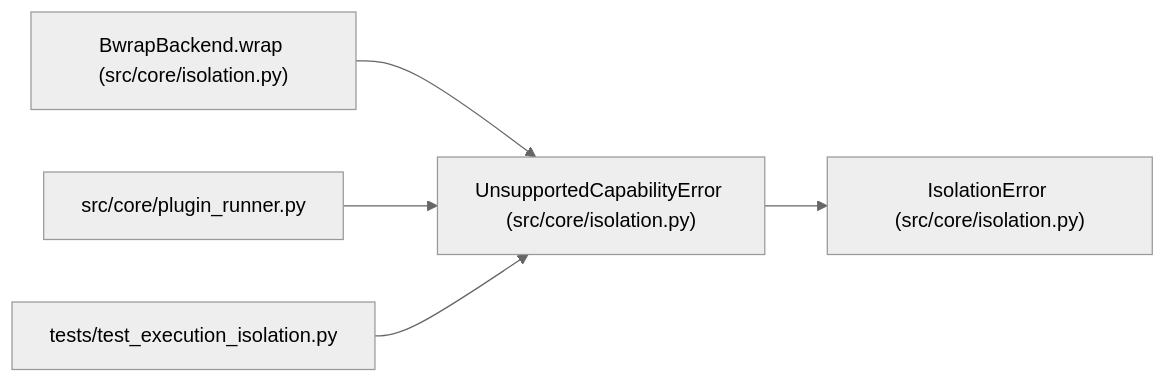
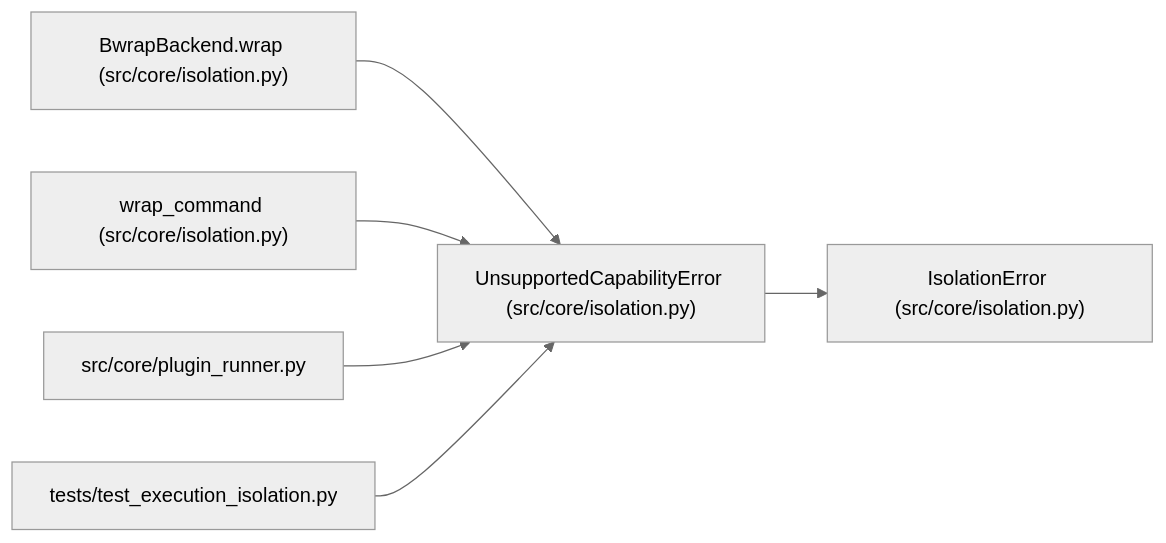
Before and after one commit to Denissvgn/autoresearch-agent: the diagram in docs/llm_wiki/entities/isolation_UnsupportedCapabilityError.md, drawn with Mermaid (neutral theme). The commit also changed other lines of this file and 1033 other files, not shown here.

````diff
--- a/docs/llm_wiki/entities/isolation_UnsupportedCapabilityError.md
+++ b/docs/llm_wiki/entities/isolation_UnsupportedCapabilityError.md
@@ -23,17 +23,20 @@
 ```mermaid
 flowchart LR
     n0["UnsupportedCapabilityError (src/core/isolation.py)"]
     n1["IsolationError (src/core/isolation.py)"]
     n2["BwrapBackend.wrap (src/core/isolation.py)"]
-    n3["src/core/plugin_runner.py"]
-    n4["tests/test_execution_isolation.py"]
+    n3["wrap_command (src/core/isolation.py)"]
+    n4["src/core/plugin_runner.py"]
+    n5["tests/test_execution_isolation.py"]
     n0 --> n1
     n2 --> n0
     n3 --> n0
     n4 --> n0
+    n5 --> n0
     click n0 "../modules/isolation.md"
     click n1 "../modules/isolation.md"
     click n2 "../modules/isolation.md"
-    click n3 "../modules/plugin_runner.md"
-    click n4 "../modules/test_execution_isolation.md"
+    click n3 "../modules/isolation.md"
+    click n4 "../modules/plugin_runner.md"
+    click n5 "../modules/test_execution_isolation.md"
 ```
````
